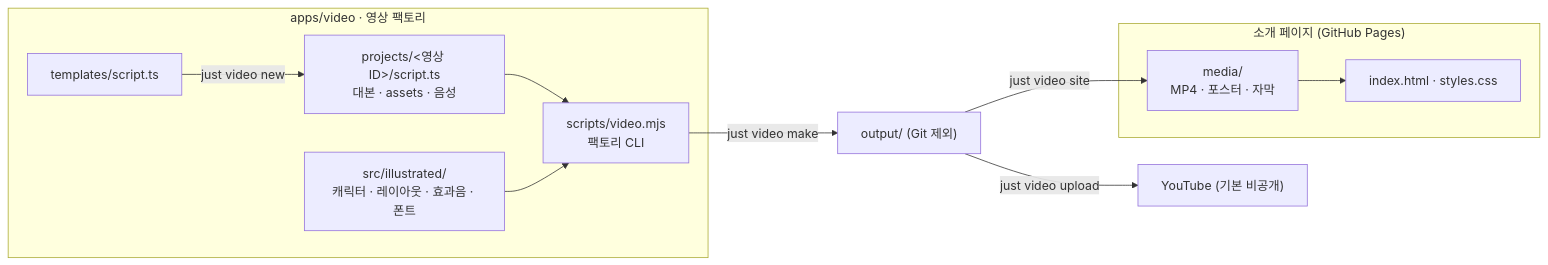
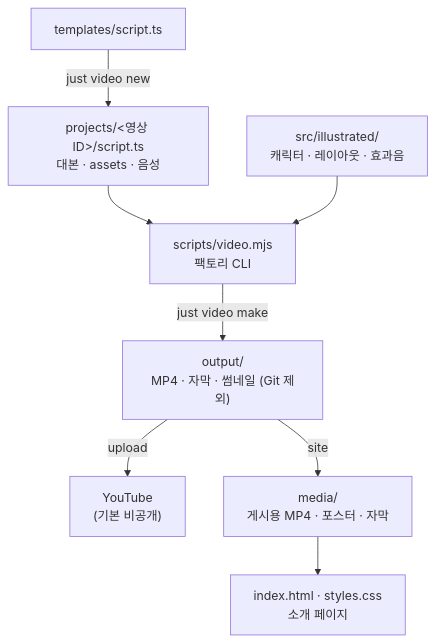
One commit to savvy773/prism-platform-site changed the diagram in README.md. Above: the diagram before and after it, drawn with Mermaid. The commit also changed other lines of this file and 1 other file, not shown here.

Commit message:
Vertical diagrams and scroll-free quick start in README

````diff
--- a/README.md
+++ b/README.md
@@ -31,20 +38,19 @@
 ```mermaid
-flowchart LR
-  subgraph site["소개 페이지 (GitHub Pages)"]
-    page["index.html · styles.css"]
-    media["media/<br/>MP4 · 포스터 · 자막"]
-  end
-  subgraph factory["apps/video · 영상 팩토리"]
-    script["projects/&lt;영상 ID&gt;/script.ts<br/>대본 · assets · 음성"]
-    cli["scripts/video.mjs<br/>팩토리 CLI"]
-    kit["src/illustrated/<br/>캐릭터 · 레이아웃 · 효과음 · 폰트"]
-    tpl["templates/script.ts"]
-  end
-  tpl -- "just video new" --> script
+flowchart TB
+  tpl["templates/script.ts"]
+  script["projects/&lt;영상 ID&gt;/script.ts<br/>대본 · assets · 음성"]
+  kit["src/illustrated/<br/>캐릭터 · 레이아웃 · 효과음"]
+  cli["scripts/video.mjs<br/>팩토리 CLI"]
+  out["output/<br/>MP4 · 자막 · 썸네일 (Git 제외)"]
+  yt["YouTube<br/>(기본 비공개)"]
+  media["media/<br/>게시용 MP4 · 포스터 · 자막"]
+  page["index.html · styles.css<br/>소개 페이지"]
+
+  tpl -->|just video new| script
   script --> cli
   kit --> cli
-  cli -- "just video make" --> out["output/ (Git 제외)"]
-  out -- "just video site" --> media
-  out -- "just video upload" --> yt["YouTube (기본 비공개)"]
+  cli -->|just video make| out
+  out -->|upload| yt
+  out -->|site| media
   media --> page
 ```
````
